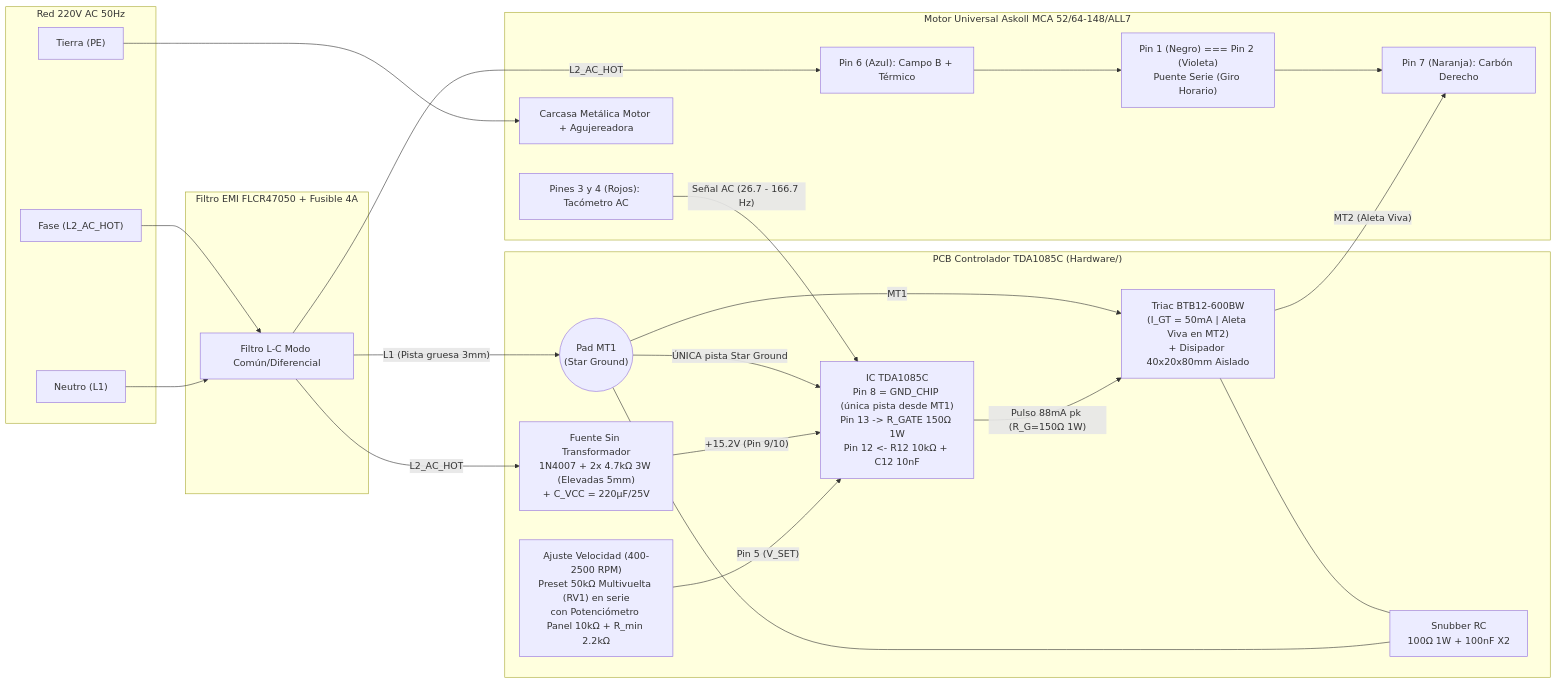
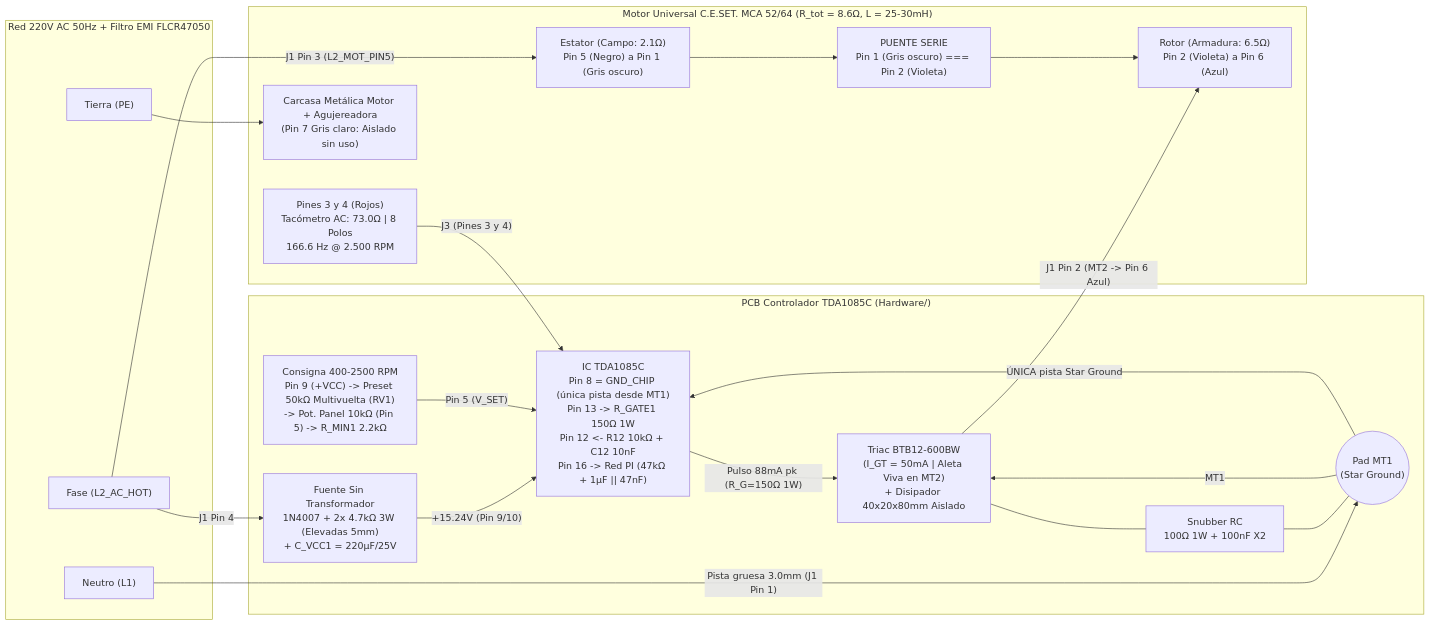
One commit to polizze/controlador-tda1085c-agujereadora changed the diagram in README.md. Above: the diagram before and after it, drawn with Mermaid. The commit also changed other lines of this file and 24 other files, not shown here.

````diff
--- a/README.md
+++ b/README.md
@@ -81,44 +94,39 @@
 ```mermaid
 flowchart LR
-    subgraph RED["Red 220V AC 50Hz"]
+    subgraph RED["Red 220V AC 50Hz + Filtro EMI FLCR47050"]
         L2["Fase (L2_AC_HOT)"]
         L1["Neutro (L1)"]
         PE["Tierra (PE)"]
-    end
-
-    subgraph EMI["Filtro EMI FLCR47050 + Fusible 4A"]
-        F_EMI["Filtro L-C Modo Común/Diferencial"]
     end
 
     subgraph PCB["PCB Controlador TDA1085C (Hardware/)"]
         STAR(("Pad MT1\n(Star Ground)"))
         Q1["Triac BTB12-600BW\n(I_GT = 50mA | Aleta Viva en MT2)\n+ Disipador 40x20x80mm Aislado"]
         SNUB["Snubber RC\n100Ω 1W + 100nF X2"]
-        PSU["Fuente Sin Transformador\n1N4007 + 2x 4.7kΩ 3W (Elevadas 5mm)\n+ C_VCC = 220µF/25V"]
-        U1["IC TDA1085C\nPin 8 = GND_CHIP (única pista desde MT1)\nPin 13 -> R_GATE 150Ω 1W\nPin 12 <- R12 10kΩ + C12 10nF"]
-        POT["Ajuste Velocidad (400-2500 RPM)\nPreset 50kΩ Multivuelta (RV1) en serie\ncon Potenciómetro Panel 10kΩ + R_min 2.2kΩ"]
+        PSU["Fuente Sin Transformador\n1N4007 + 2x 4.7kΩ 3W (Elevadas 5mm)\n+ C_VCC1 = 220µF/25V"]
+        U1["IC TDA1085C\nPin 8 = GND_CHIP (única pista desde MT1)\nPin 13 -> R_GATE1 150Ω 1W\nPin 12 <- R12 10kΩ + C12 10nF\nPin 16 -> Red PI (47kΩ + 1µF || 47nF)"]
+        POT["Consigna 400-2500 RPM\nPin 9 (+VCC) -> Preset 50kΩ Multivuelta (RV1)\n-> Pot. Panel 10kΩ (Pin 5) -> R_MIN1 2.2kΩ"]
     end
 
-    subgraph MOTOR["Motor Universal Askoll MCA 52/64-148/ALL7"]
-        P6["Pin 6 (Azul): Campo B + Térmico"]
-        P1_2["Pin 1 (Negro) === Pin 2 (Violeta)\nPuente Serie (Giro Horario)"]
-        P7["Pin 7 (Naranja): Carbón Derecho"]
-        TACHO["Pines 3 y 4 (Rojos): Tacómetro AC"]
-        CHASIS["Carcasa Metálica Motor + Agujereadora"]
+    subgraph MOTOR["Motor Universal C.E.SET. MCA 52/64 (R_tot = 8.6Ω, L = 25-30mH)"]
+        EST["Estator (Campo: 2.1Ω)\nPin 5 (Negro) a Pin 1 (Gris oscuro)"]
+        PUENTE["PUENTE SERIE\nPin 1 (Gris oscuro) === Pin 2 (Violeta)"]
+        ROT["Rotor (Armadura: 6.5Ω)\nPin 2 (Violeta) a Pin 6 (Azul)"]
+        TACHO["Pines 3 y 4 (Rojos)\nTacómetro AC: 73.0Ω | 8 Polos\n166.6 Hz @ 2.500 RPM"]
+        CHASIS["Carcasa Metálica Motor + Agujereadora\n(Pin 7 Gris claro: Aislado sin uso)"]
     end
 
-    L2 & L1 --> F_EMI
     PE --> CHASIS
-    F_EMI -- "L1 (Pista gruesa 3mm)" --> STAR
+    L1 -- "Pista gruesa 3.0mm (J1 Pin 1)" --> STAR
     STAR -- "MT1" --> Q1
     STAR -- "ÚNICA pista Star Ground" --> U1
-    F_EMI -- "L2_AC_HOT" --> P6
-    F_EMI -- "L2_AC_HOT" --> PSU
-    PSU -- "+15.2V (Pin 9/10)" --> U1
+    L2 -- "J1 Pin 3 (L2_MOT_PIN5)" --> EST
+    L2 -- "J1 Pin 4" --> PSU
+    PSU -- "+15.24V (Pin 9/10)" --> U1
     POT -- "Pin 5 (V_SET)" --> U1
     U1 -- "Pulso 88mA pk (R_G=150Ω 1W)" --> Q1
-    P6 --> P1_2 --> P7
-    Q1 -- "MT2 (Aleta Viva)" --> P7
+    EST --> PUENTE --> ROT
+    Q1 -- "J1 Pin 2 (MT2 -> Pin 6 Azul)" --> ROT
     Q1 --- SNUB --- STAR
-    TACHO -- "Señal AC (26.7 - 166.7 Hz)" --> U1
+    TACHO -- "J3 (Pines 3 y 4)" --> U1
 ```
````
